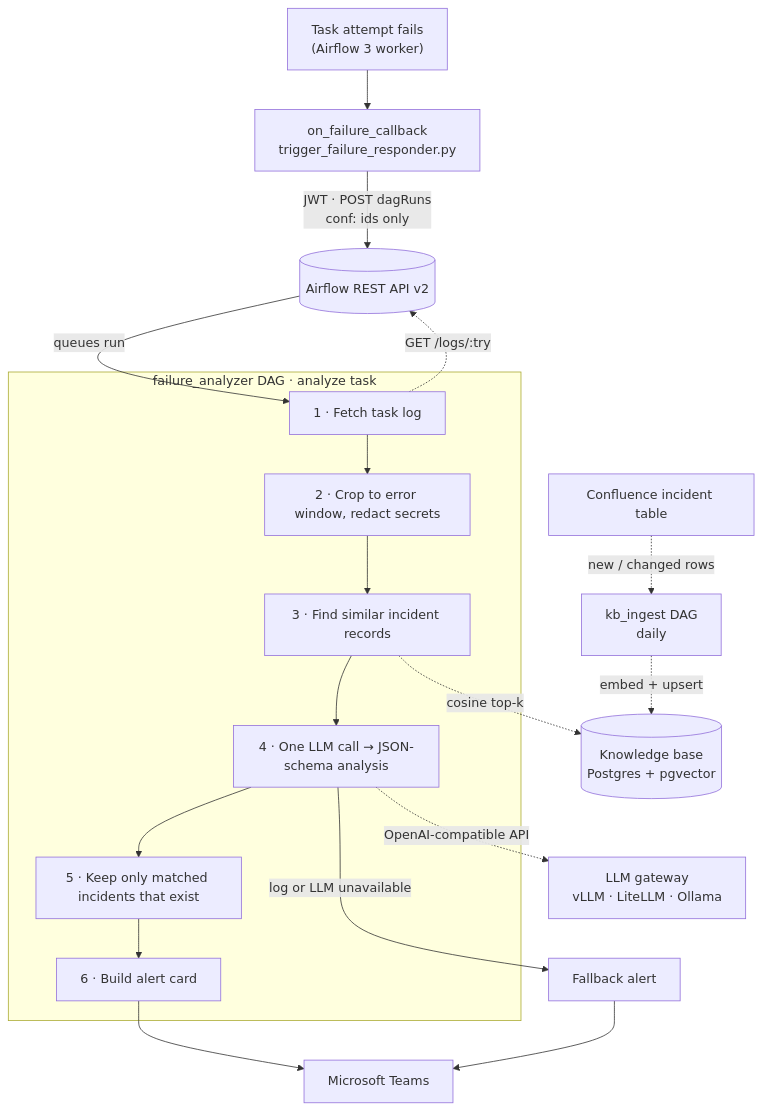
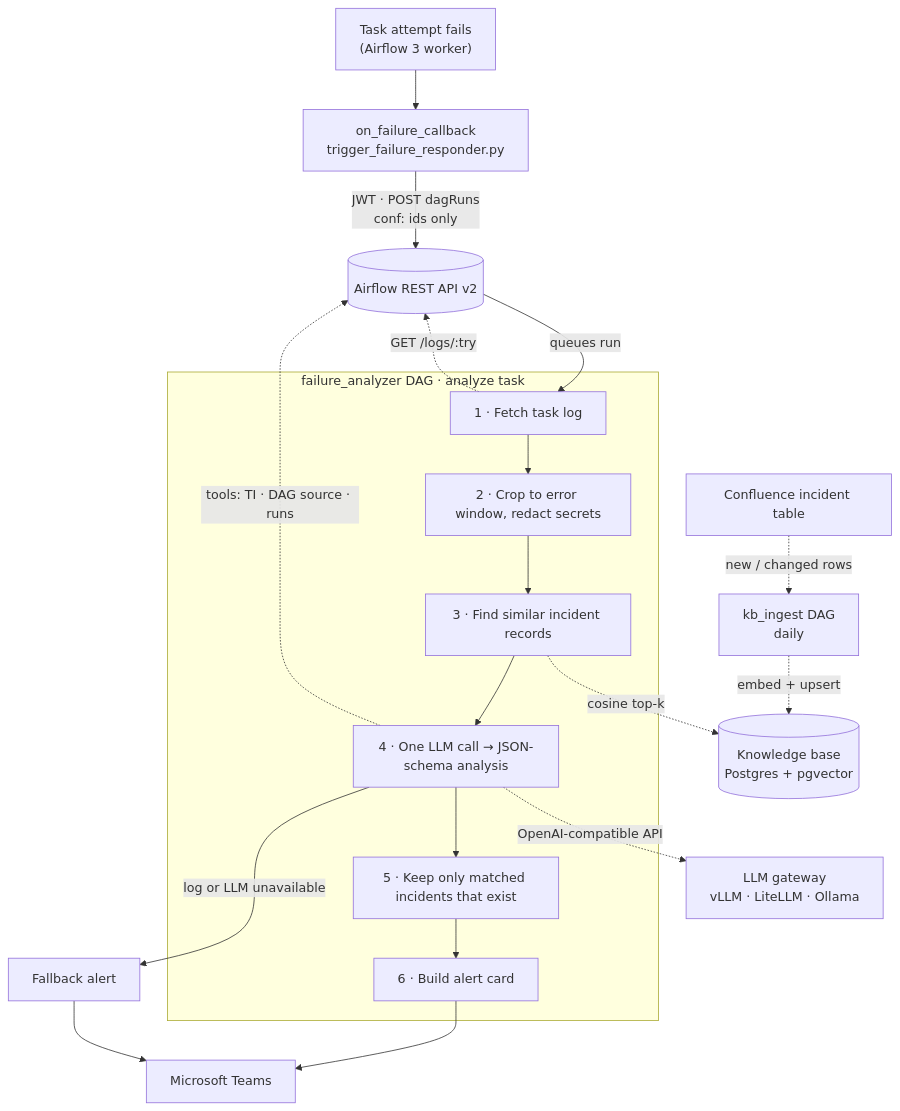
The diagram in README.md (simsektalha/airflow-alert-system), drawn with Mermaid before and after one commit. The commit also changed other lines of this file and 5 other files, not shown here.

First line of the commit message:
feat: read-only Airflow context tools for the LLM analysis

````diff
--- a/README.md
+++ b/README.md
@@ -11,24 +11,25 @@
 ```mermaid
 flowchart TB
     fail["Task attempt fails<br/>(Airflow 3 worker)"] --> cb["on_failure_callback<br/>trigger_failure_responder.py"]
     cb -- "JWT · POST dagRuns<br/>conf: ids only" --> api[("Airflow REST API v2")]
     api -- "queues run" --> fetch
 
     subgraph responder["failure_analyzer DAG · analyze task"]
         fetch["1 · Fetch task log"] --> crop["2 · Crop to error window, redact secrets"]
         crop --> find["3 · Find similar incident records"]
         find --> llm["4 · One LLM call → JSON-schema analysis"]
         llm --> map["5 · Keep only matched incidents that exist"]
         map --> card["6 · Build alert card"]
     end
 
     ingest["kb_ingest DAG<br/>daily"]
 
     fetch -. "GET /logs/:try" .-> api
     conf["Confluence incident table"] -. "new / changed rows" .-> ingest
     ingest -. "embed + upsert" .-> kb[("Knowledge base<br/>Postgres + pgvector")]
     find -. "cosine top-k" .-> kb
+    llm -. "tools: TI · DAG source · runs" .-> api
     llm -. "OpenAI-compatible API" .-> gw["LLM gateway<br/>vLLM · LiteLLM · Ollama"]
     card --> teams["Microsoft Teams"]
     llm -- "log or LLM unavailable" --> fb["Fallback alert"] --> teams
 ```
````
